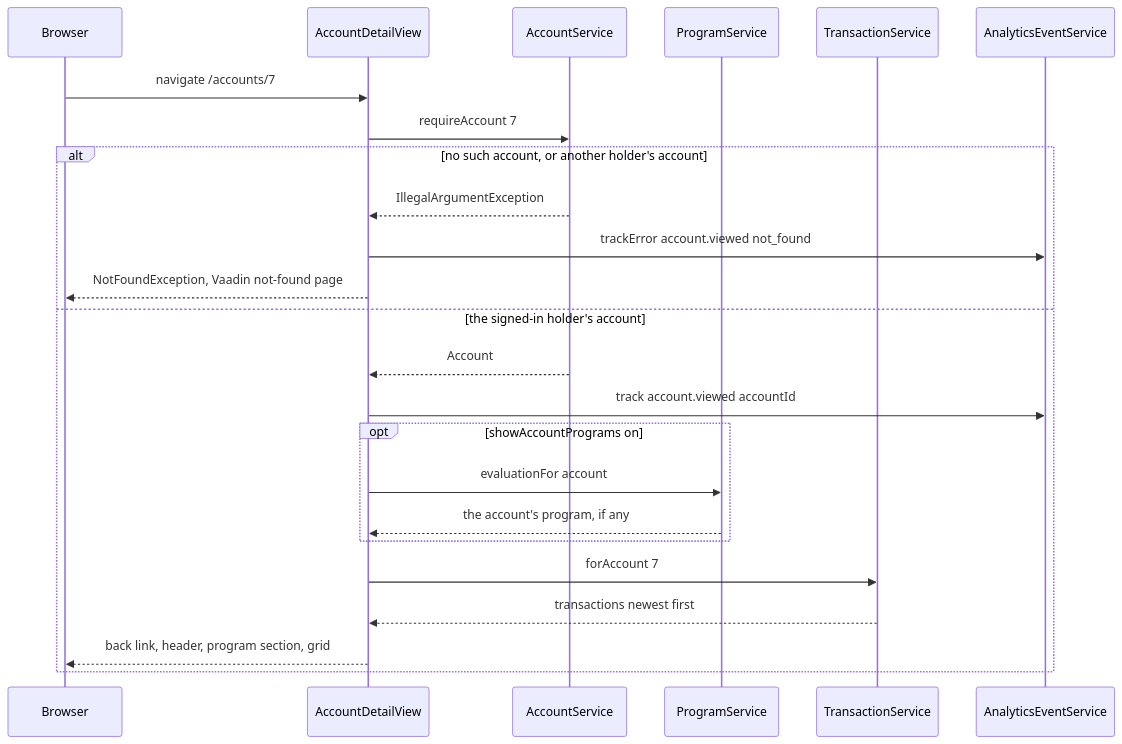
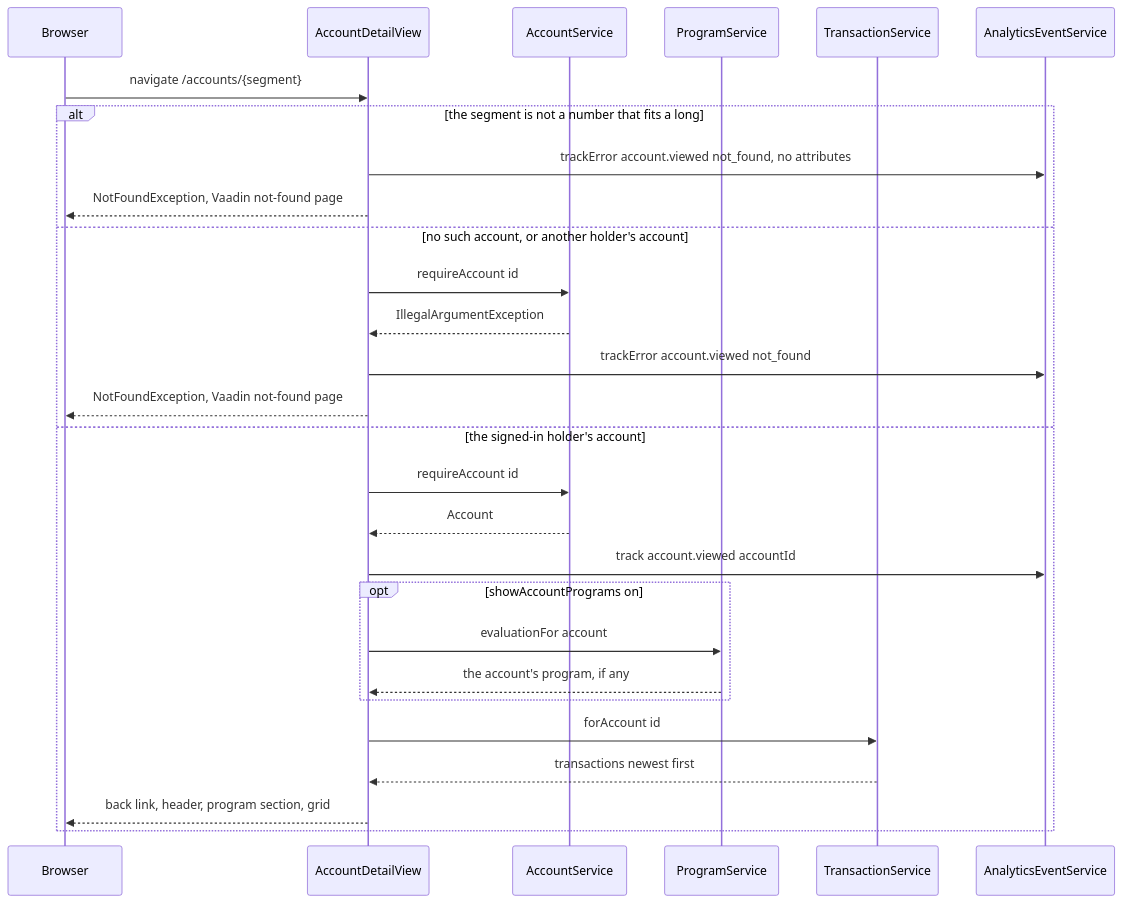
One commit to factory-aj-pahl/mockingbird-bank changed the diagram in droid-wiki/features/account-detail.md. Above: the diagram before and after it, drawn with Mermaid. The commit also changed other lines of this file and 13 other files, not shown here.

First line of the commit message:
Show the not-found page for a non-numeric account ID (SED-847)

````diff
--- a/droid-wiki/features/account-detail.md
+++ b/droid-wiki/features/account-detail.md
@@ -28,26 +28,30 @@
 ```mermaid
 sequenceDiagram
     participant B as Browser
     participant V as AccountDetailView
     participant A as AccountService
     participant P as ProgramService
     participant T as TransactionService
     participant E as AnalyticsEventService
-    B->>V: navigate /accounts/7
-    V->>A: requireAccount 7
-    alt no such account, or another holder's account
+    B->>V: navigate /accounts/{segment}
+    alt the segment is not a number that fits a long
+        V->>E: trackError account.viewed not_found, no attributes
+        V-->>B: NotFoundException, Vaadin not-found page
+    else no such account, or another holder's account
+        V->>A: requireAccount id
         A-->>V: IllegalArgumentException
         V->>E: trackError account.viewed not_found
         V-->>B: NotFoundException, Vaadin not-found page
     else the signed-in holder's account
+        V->>A: requireAccount id
         A-->>V: Account
         V->>E: track account.viewed accountId
         opt showAccountPrograms on
             V->>P: evaluationFor account
             P-->>V: the account's program, if any
         end
-        V->>T: forAccount 7
+        V->>T: forAccount id
         T-->>V: transactions newest first
         V-->>B: back link, header, program section, grid
     end
 ```
````
